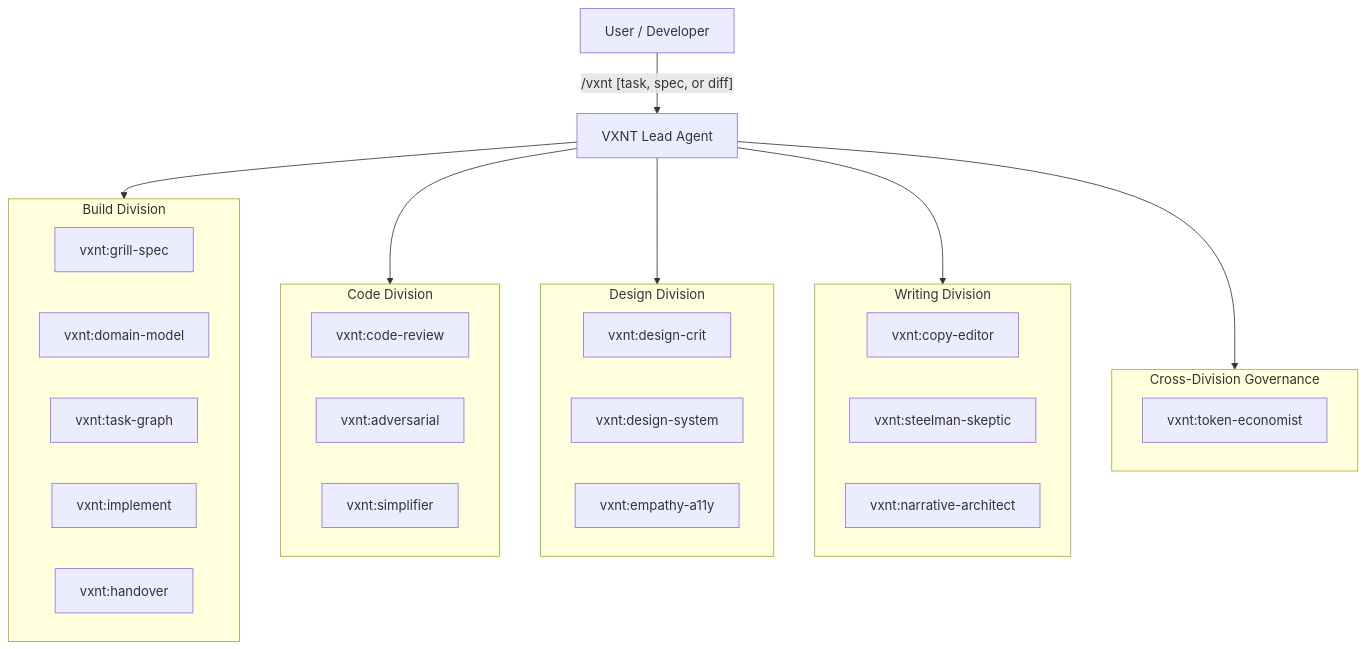
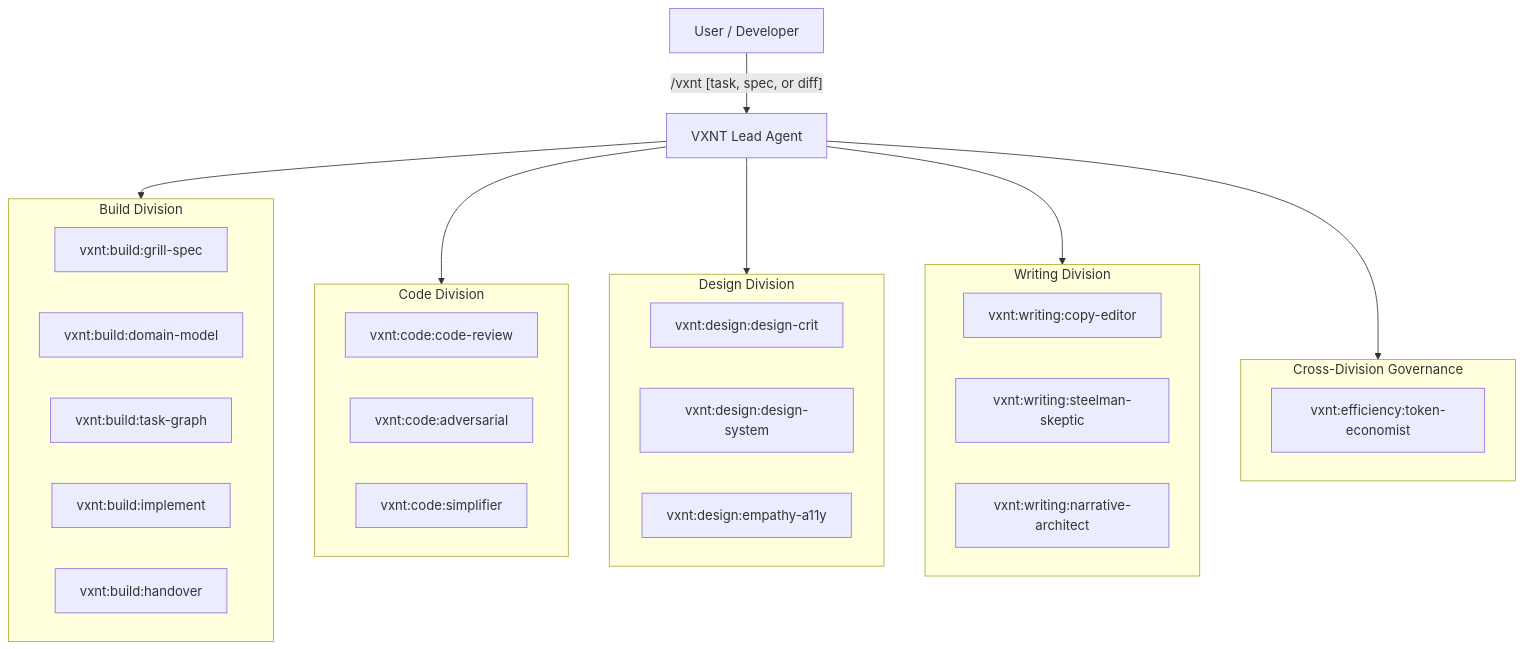
The diagram in README.md (visualnaut/skills), drawn with Mermaid before and after one commit. The commit also changed other lines of this file and 86 other files, not shown here.

First line of the commit message:
feat(plugins): package as Gemini plugin, adopt three-tier vxnt:domain:* namespaces, and relative paths

````diff
--- a/README.md
+++ b/README.md
@@ -17,40 +17,40 @@
 ```mermaid
 flowchart TD
     User["User / Developer"] -->|"/vxnt [task, spec, or diff]"| VXNT["VXNT Lead Agent"]
     
     subgraph BuildDivision ["Build Division"]
-        GS["vxnt:grill-spec"]
-        DM["vxnt:domain-model"]
-        TG["vxnt:task-graph"]
-        IMP["vxnt:implement"]
-        HO["vxnt:handover"]
+        GS["vxnt:build:grill-spec"]
+        DM["vxnt:build:domain-model"]
+        TG["vxnt:build:task-graph"]
+        IMP["vxnt:build:implement"]
+        HO["vxnt:build:handover"]
     end
 
     subgraph CodeDivision ["Code Division"]
-        CR["vxnt:code-review"]
-        ADV["vxnt:adversarial"]
-        SMP["vxnt:simplifier"]
+        CR["vxnt:code:code-review"]
+        ADV["vxnt:code:adversarial"]
+        SMP["vxnt:code:simplifier"]
     end
     
     subgraph DesignDivision ["Design Division"]
-        DC["vxnt:design-crit"]
-        DS["vxnt:design-system"]
-        EA["vxnt:empathy-a11y"]
+        DC["vxnt:design:design-crit"]
+        DS["vxnt:design:design-system"]
+        EA["vxnt:design:empathy-a11y"]
     end
     
     subgraph WritingDivision ["Writing Division"]
-        CE["vxnt:copy-editor"]
-        SS["vxnt:steelman-skeptic"]
-        NA["vxnt:narrative-architect"]
+        CE["vxnt:writing:copy-editor"]
+        SS["vxnt:writing:steelman-skeptic"]
+        NA["vxnt:writing:narrative-architect"]
     end
 
     subgraph Governance ["Cross-Division Governance"]
-        TE["vxnt:token-economist"]
+        TE["vxnt:efficiency:token-economist"]
     end
     
     VXNT --> BuildDivision
     VXNT --> CodeDivision
     VXNT --> DesignDivision
     VXNT --> WritingDivision
     VXNT --> Governance
 ```
````
